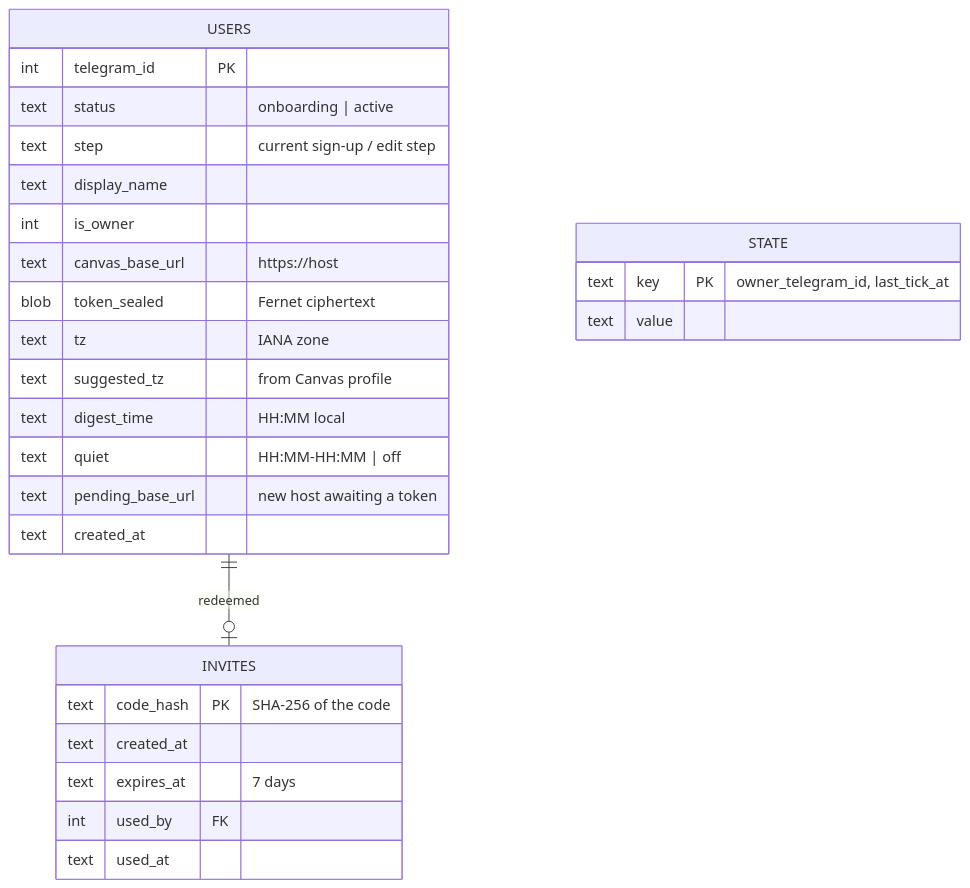
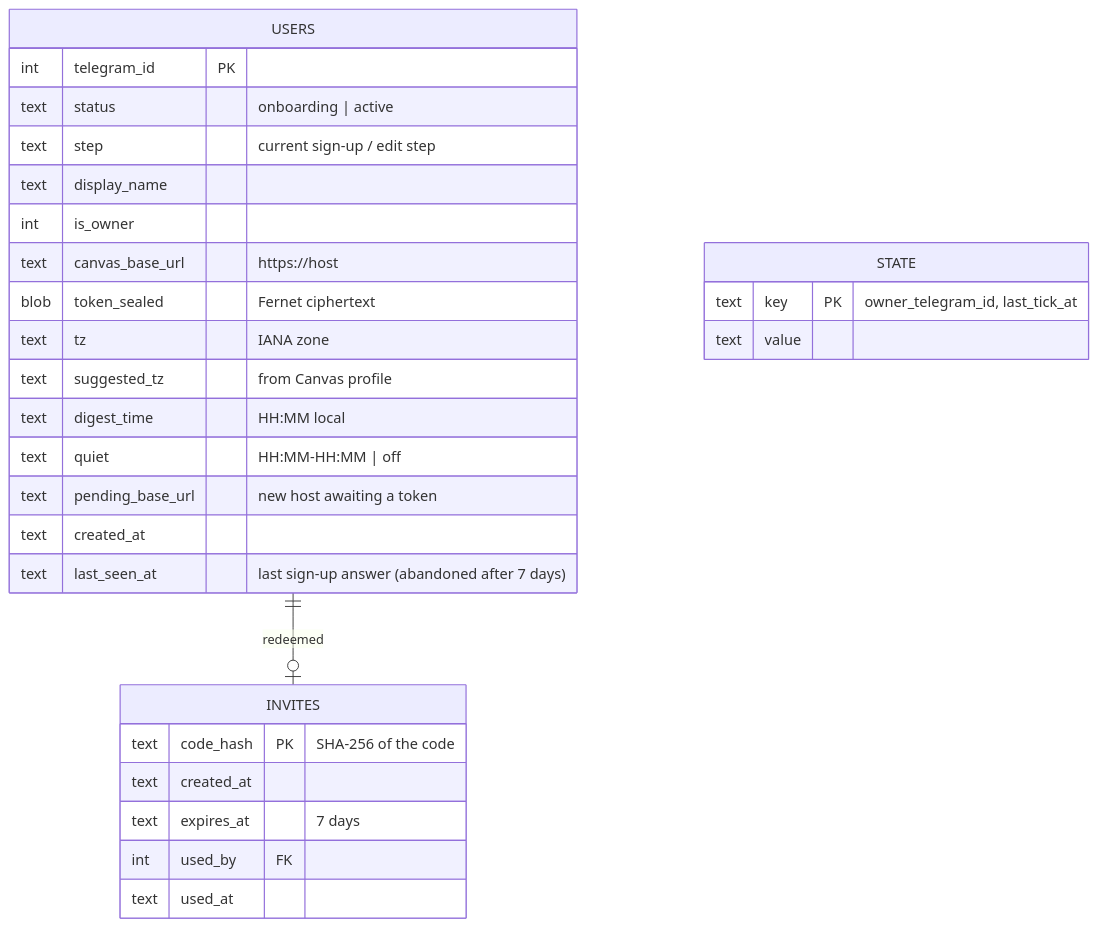
One commit to rmaytr/CanvasAssignmentTrackingBot changed the seventh of 8 diagrams in docs/architecture.md. Above: the diagram before and after it, drawn with Mermaid. The commit also changed other lines of this file and 31 other files, not shown here.

````diff
--- a/docs/architecture.md
+++ b/docs/architecture.md
@@ -221,30 +221,31 @@
 ```mermaid
 erDiagram
     USERS {
         int telegram_id PK
         text status "onboarding | active"
         text step "current sign-up / edit step"
         text display_name
         int is_owner
         text canvas_base_url "https://host"
         blob token_sealed "Fernet ciphertext"
         text tz "IANA zone"
         text suggested_tz "from Canvas profile"
         text digest_time "HH:MM local"
         text quiet "HH:MM-HH:MM | off"
         text pending_base_url "new host awaiting a token"
         text created_at
+        text last_seen_at "last sign-up answer (abandoned after 7 days)"
     }
     INVITES {
         text code_hash PK "SHA-256 of the code"
         text created_at
         text expires_at "7 days"
         int used_by FK
         text used_at
     }
     STATE {
         text key PK "owner_telegram_id, last_tick_at"
         text value
     }
     USERS ||--o| INVITES : "redeemed"
 ```
````
